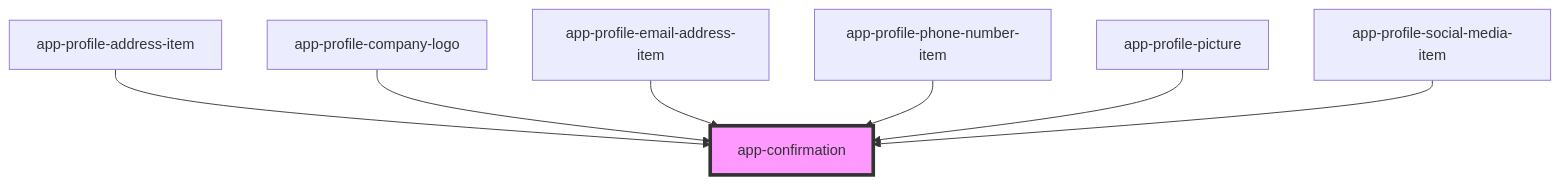
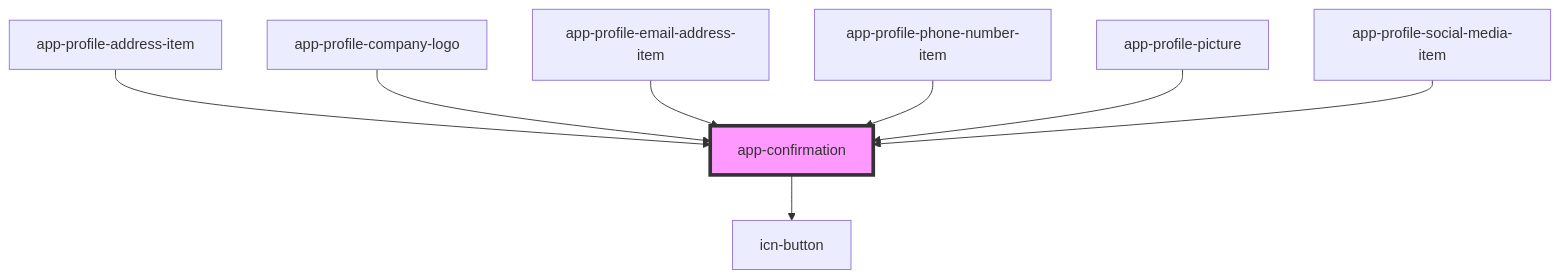
The diagram in iconeventnetwork-web/src/components/app-confirmation/readme.md (lokheed/IconEventNetwork.Web), drawn with Mermaid before and after one commit. The commit also changed other lines of this file and 61 other files, not shown here.

First line of the commit message:
Created icn-button component

````diff
--- a/iconeventnetwork-web/src/components/app-confirmation/readme.md
+++ b/iconeventnetwork-web/src/components/app-confirmation/readme.md
@@ -37,10 +41,11 @@
 ```mermaid
 graph TD;
+  app-confirmation --> icn-button
   app-profile-address-item --> app-confirmation
   app-profile-company-logo --> app-confirmation
   app-profile-email-address-item --> app-confirmation
   app-profile-phone-number-item --> app-confirmation
   app-profile-picture --> app-confirmation
   app-profile-social-media-item --> app-confirmation
   style app-confirmation fill:#f9f,stroke:#333,stroke-width:4px
 ```
````
